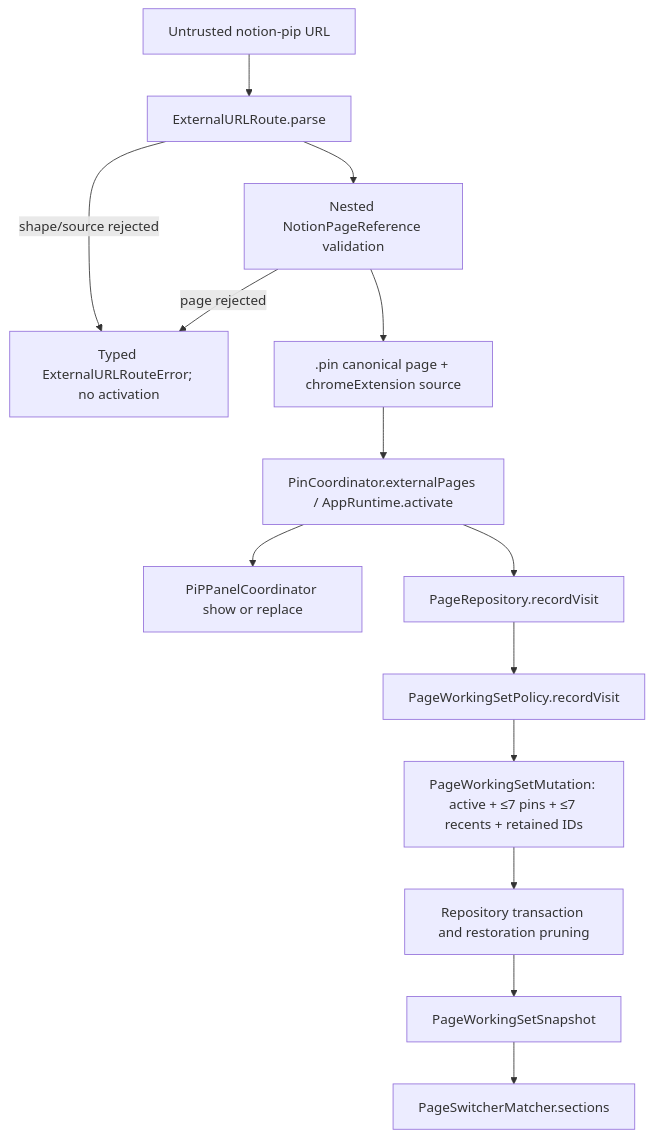
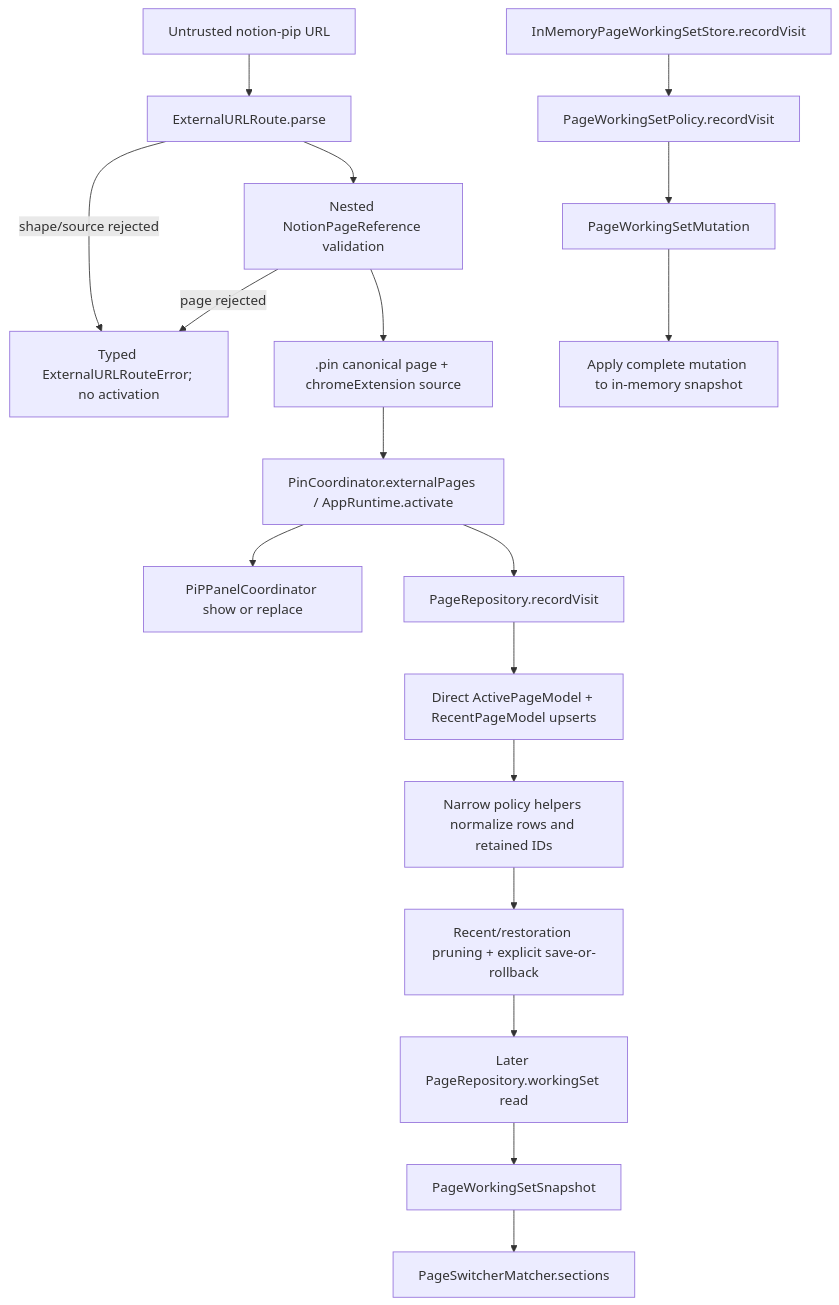
The diagram in docs/course/07-domain-modeling-and-policies.md (fantomsuj/notion-pip), drawn with Mermaid before and after one commit. The commit also changed other lines of this file, not shown here.

````diff
--- a/docs/course/07-domain-modeling-and-policies.md
+++ b/docs/course/07-domain-modeling-and-policies.md
@@ -378,16 +385,21 @@
 ```mermaid
 flowchart TD
     A["Untrusted notion-pip URL"] --> B["ExternalURLRoute.parse"]
     B -->|shape/source rejected| X["Typed ExternalURLRouteError; no activation"]
     B --> C["Nested NotionPageReference validation"]
     C -->|page rejected| X
     C --> D[".pin canonical page + chromeExtension source"]
     D --> E["PinCoordinator.externalPages / AppRuntime.activate"]
     E --> F["PiPPanelCoordinator show or replace"]
     E --> G["PageRepository.recordVisit"]
-    G --> H["PageWorkingSetPolicy.recordVisit"]
-    H --> I["PageWorkingSetMutation: active + ≤7 pins + ≤7 recents + retained IDs"]
-    I --> J["Repository transaction and restoration pruning"]
-    J --> K["PageWorkingSetSnapshot"]
-    K --> L["PageSwitcherMatcher.sections"]
+    G --> H["Direct ActivePageModel + RecentPageModel upserts"]
+    H --> I["Narrow policy helpers normalize rows and retained IDs"]
+    I --> J["Recent/restoration pruning + explicit save-or-rollback"]
+    J --> K["Later PageRepository.workingSet read"]
+    K --> L["PageWorkingSetSnapshot"]
+    L --> M["PageSwitcherMatcher.sections"]
+
+    N["InMemoryPageWorkingSetStore.recordVisit"] --> O["PageWorkingSetPolicy.recordVisit"]
+    O --> P["PageWorkingSetMutation"]
+    P --> Q["Apply complete mutation to in-memory snapshot"]
 ```
````
